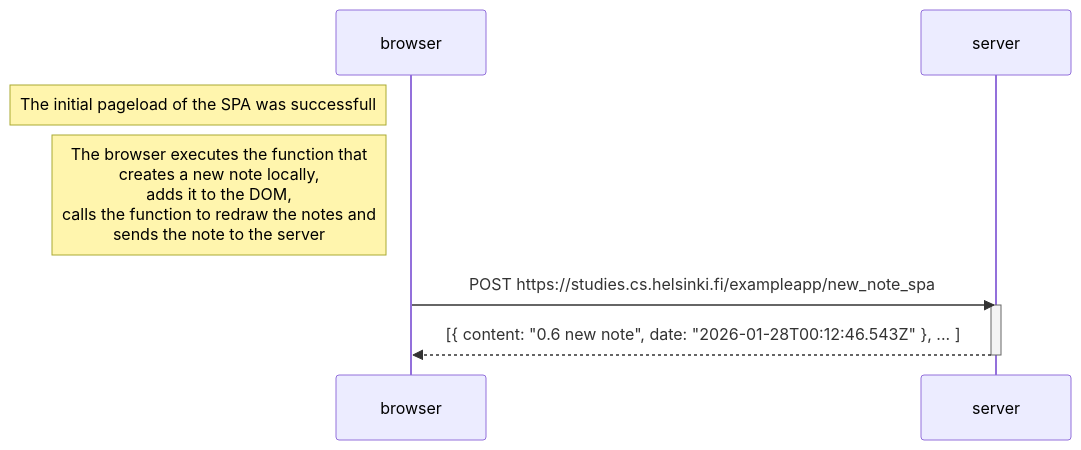
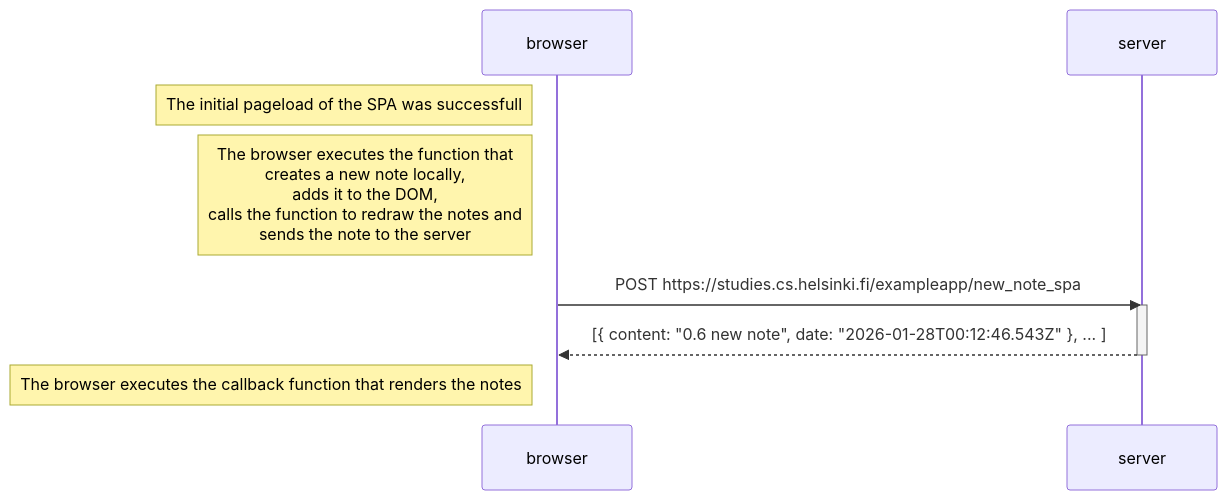
Before and after one commit to jakobsitory/full-stack-open: the diagram in part0/ex06-spa-new-note-diagram.md, drawn with Mermaid.

Commit message:
smaller fix in the text

````diff
--- a/part0/ex06-spa-new-note-diagram.md
+++ b/part0/ex06-spa-new-note-diagram.md
@@ -1,13 +1,16 @@
 ``` mermaid
 sequenceDiagram
     participant browser
     participant server
 
     Note left of browser: The initial pageload of the SPA was successfull
     Note left of browser: The browser executes the function that <br/>creates a new note locally, <br/>adds it to the DOM, <br/>calls the function to redraw the notes and <br/>sends the note to the server
 
     browser->>server: POST https://studies.cs.helsinki.fi/exampleapp/new_note_spa
     activate server
     server-->>browser: [{ content: "0.6 new note", date: "2026-01-28T00:12:46.543Z" }, ... ]
     deactivate server
+
+	Note left of browser: The browser executes the callback function that renders the notes
+
 ```
````
